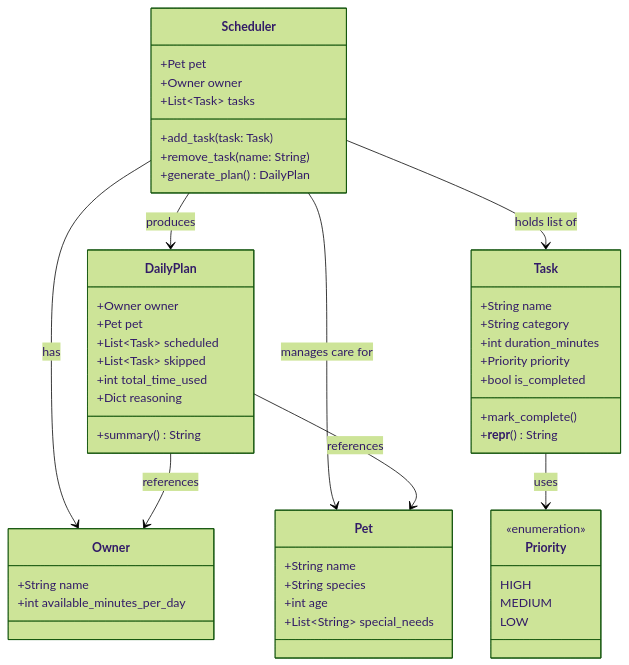
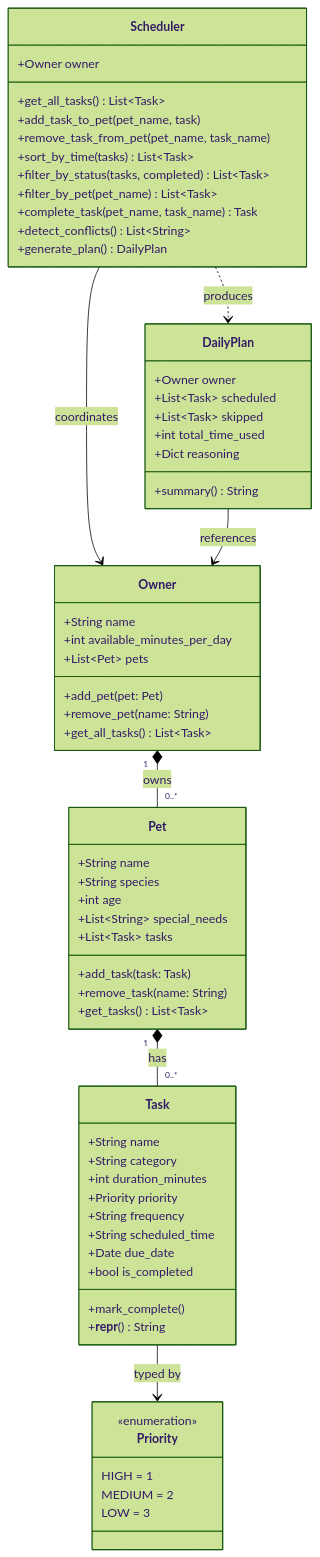
The diagram in reflection.md (Omar-Adham/pawpal-applied-ai-system), drawn with Mermaid (forest theme) before and after one commit. The commit also changed other lines of this file and 7 other files, not shown here.

````diff
--- a/reflection.md
+++ b/reflection.md
@@ -15,58 +15,71 @@
 ```mermaid
 classDiagram
     class Owner {
         +String name
         +int available_minutes_per_day
+        +List~Pet~ pets
+        +add_pet(pet: Pet)
+        +remove_pet(name: String)
+        +get_all_tasks() List~Task~
     }
 
     class Pet {
         +String name
         +String species
         +int age
         +List~String~ special_needs
+        +List~Task~ tasks
+        +add_task(task: Task)
+        +remove_task(name: String)
+        +get_tasks() List~Task~
     }
 
     class Task {
         +String name
         +String category
         +int duration_minutes
         +Priority priority
+        +String frequency
+        +String scheduled_time
+        +Date due_date
         +bool is_completed
         +mark_complete()
         +__repr__() String
     }
 
     class Priority {
         <<enumeration>>
-        HIGH
-        MEDIUM
-        LOW
+        HIGH = 1
+        MEDIUM = 2
+        LOW = 3
     }
 
     class Scheduler {
-        +Pet pet
         +Owner owner
-        +List~Task~ tasks
-        +add_task(task: Task)
-        +remove_task(name: String)
+        +get_all_tasks() List~Task~
+        +add_task_to_pet(pet_name, task)
+        +remove_task_from_pet(pet_name, task_name)
+        +sort_by_time(tasks) List~Task~
+        +filter_by_status(tasks, completed) List~Task~
+        +filter_by_pet(pet_name) List~Task~
+        +complete_task(pet_name, task_name) Task
+        +detect_conflicts() List~String~
         +generate_plan() DailyPlan
     }
 
     class DailyPlan {
         +Owner owner
-        +Pet pet
         +List~Task~ scheduled
         +List~Task~ skipped
         +int total_time_used
         +Dict reasoning
         +summary() String
     }
 
-    Scheduler --> Owner : has
-    Scheduler --> Pet : manages care for
-    Scheduler --> Task : holds list of
-    Scheduler --> DailyPlan : produces
-    Task --> Priority : uses
+    Owner "1" *-- "0..*" Pet : owns
+    Pet "1" *-- "0..*" Task : has
+    Task --> Priority : typed by
+    Scheduler --> Owner : coordinates
+    Scheduler ..> DailyPlan : produces
     DailyPlan --> Owner : references
-    DailyPlan --> Pet : references
 ```
````
